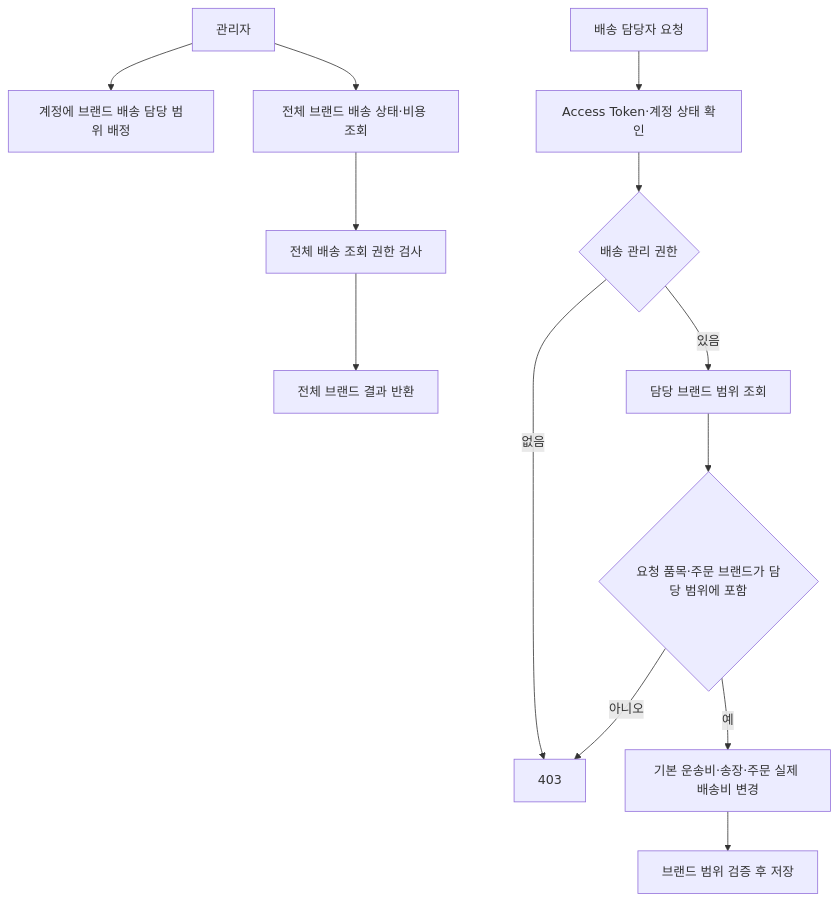
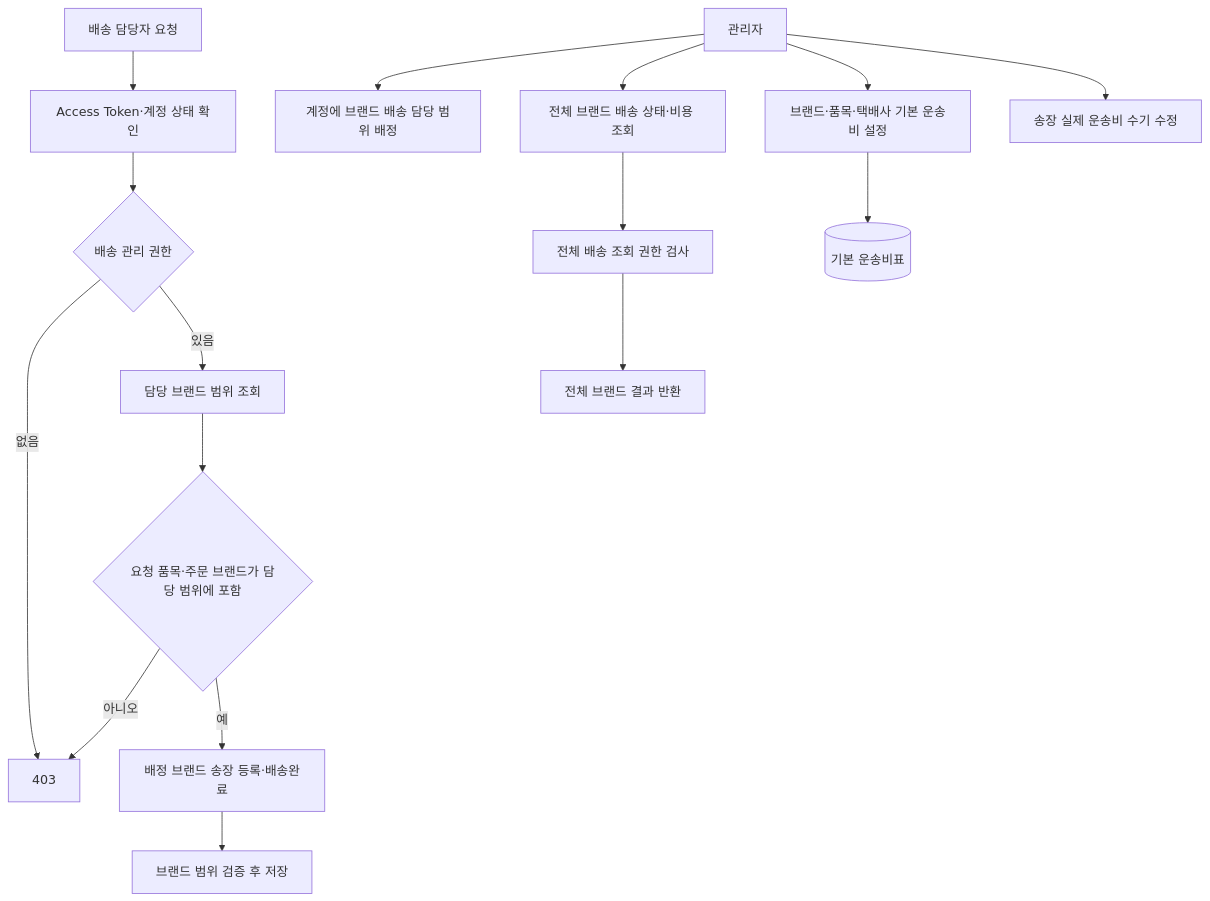
Before and after one commit to DongHyeonEom/umji-market-api: the tenth of 10 diagrams in docs/services/operation.md, drawn with Mermaid. The commit also changed other lines of this file and 9 other files, not shown here.

````diff
--- a/docs/services/operation.md
+++ b/docs/services/operation.md
@@ -502,15 +502,18 @@
 ```mermaid
 flowchart TD
     ADMIN[관리자] --> MAP[계정에 브랜드 배송 담당 범위 배정]
     MANAGER[배송 담당자 요청] --> AUTH[Access Token·계정 상태 확인]
     AUTH --> PERM{배송 관리 권한}
     PERM -->|없음| DENY[403]
     PERM -->|있음| SCOPE[담당 브랜드 범위 조회]
     SCOPE --> RESOURCE{요청 품목·주문 브랜드가 담당 범위에 포함}
     RESOURCE -->|아니오| DENY
-    RESOURCE -->|예| CHANGE[기본 운송비·송장·주문 실제 배송비 변경]
+    RESOURCE -->|예| CHANGE[배정 브랜드 송장 등록·배송완료]
     CHANGE --> SAVE[브랜드 범위 검증 후 저장]
     ADMIN --> GLOBAL[전체 브랜드 배송 상태·비용 조회]
     GLOBAL --> READPERM[전체 배송 조회 권한 검사]
     READPERM --> ALL[전체 브랜드 결과 반환]
+    ADMIN --> CONFIG[브랜드·품목·택배사 기본 운송비 설정]
+    CONFIG --> RATE[(기본 운송비표)]
+    ADMIN --> COST[송장 실제 운송비 수기 수정]
 ```
````
